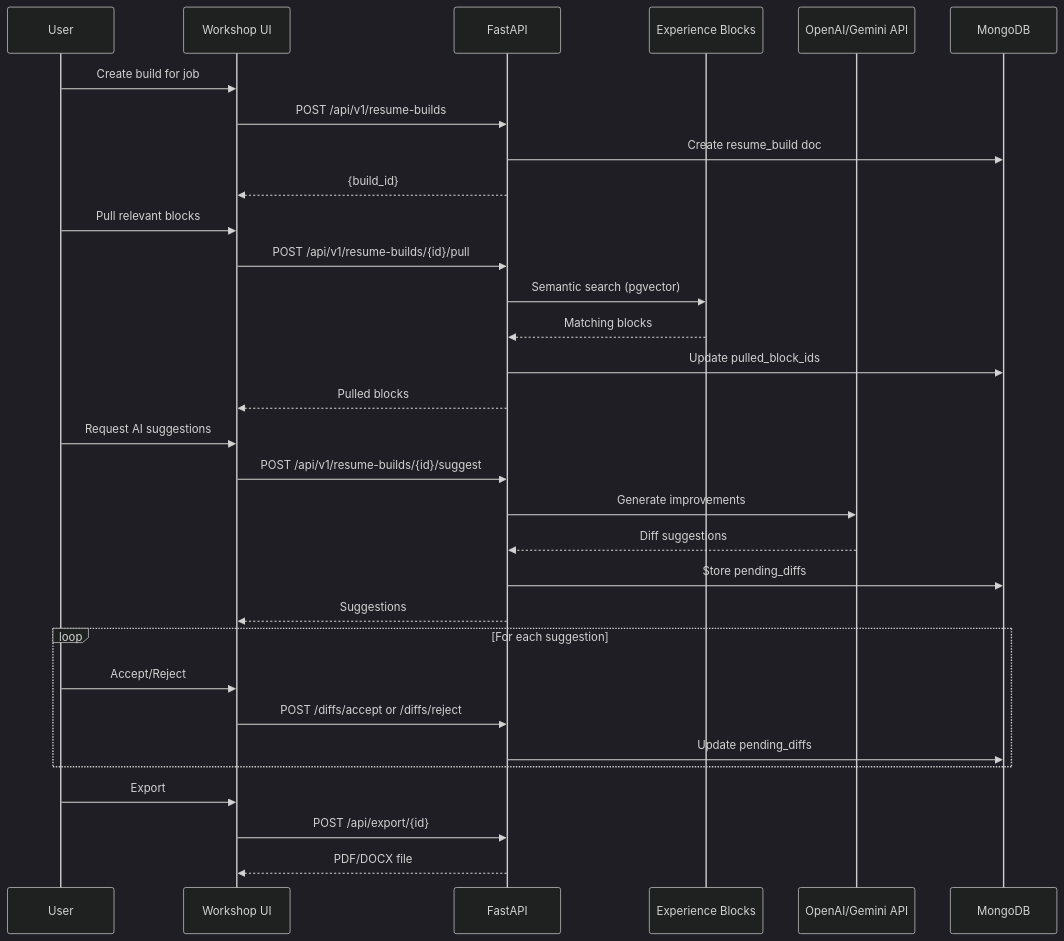
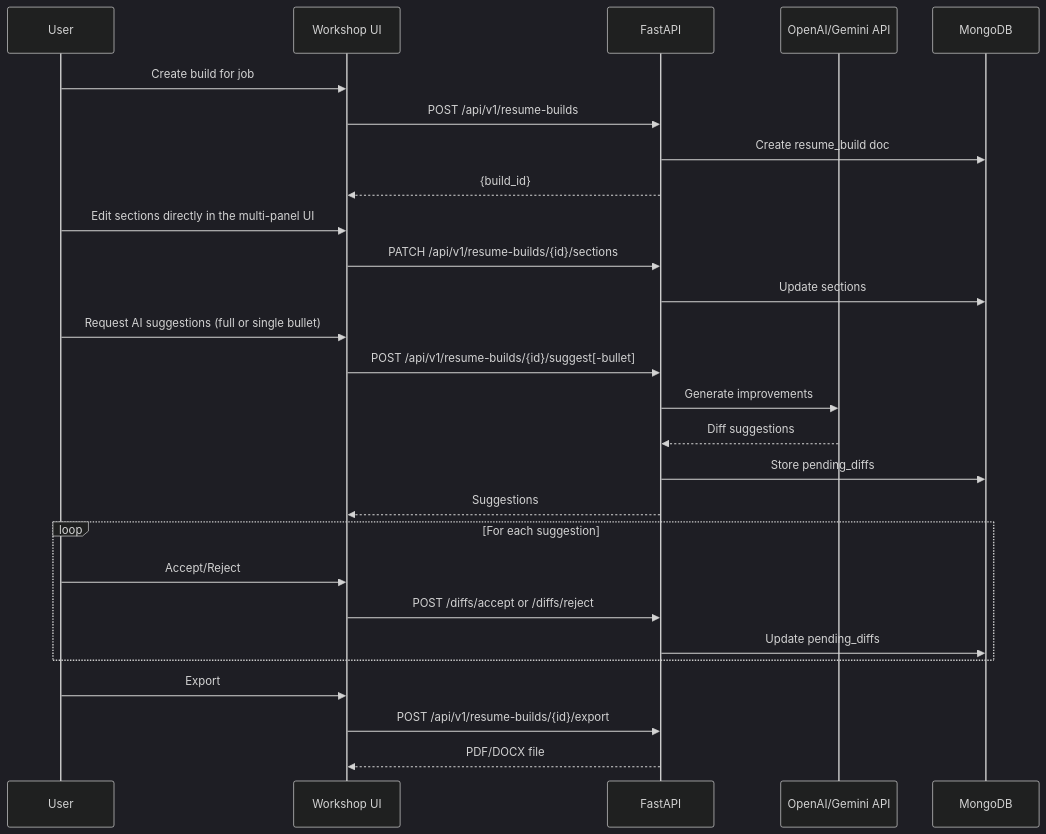
Before and after one commit to Sungchunn/AI-Resume-Tailor: diagram 24 of 33 in docs/architecture/system-architecture.md, drawn with Mermaid (dark theme). The commit also changed other lines of this file, not shown here.

First line of the commit message:
docs: Refresh system-architecture to match current codebase

````diff
--- a/docs/architecture/system-architecture.md
+++ b/docs/architecture/system-architecture.md
@@ -1691,38 +1831,34 @@
 ```mermaid
 sequenceDiagram
     participant User
     participant Workshop as Workshop UI
     participant API as FastAPI
-    participant Vault as Experience Blocks
     participant AI as OpenAI/Gemini API
     participant MG as MongoDB
 
     User->>Workshop: Create build for job
     Workshop->>API: POST /api/v1/resume-builds
     API->>MG: Create resume_build doc
     API-->>Workshop: {build_id}
 
-    User->>Workshop: Pull relevant blocks
-    Workshop->>API: POST /api/v1/resume-builds/{id}/pull
-    API->>Vault: Semantic search (pgvector)
-    Vault-->>API: Matching blocks
-    API->>MG: Update pulled_block_ids
-    API-->>Workshop: Pulled blocks
+    User->>Workshop: Edit sections directly in the multi-panel UI
+    Workshop->>API: PATCH /api/v1/resume-builds/{id}/sections
+    API->>MG: Update sections
 
-    User->>Workshop: Request AI suggestions
-    Workshop->>API: POST /api/v1/resume-builds/{id}/suggest
+    User->>Workshop: Request AI suggestions (full or single bullet)
+    Workshop->>API: POST /api/v1/resume-builds/{id}/suggest[-bullet]
     API->>AI: Generate improvements
     AI-->>API: Diff suggestions
     API->>MG: Store pending_diffs
     API-->>Workshop: Suggestions
 
     loop For each suggestion
         User->>Workshop: Accept/Reject
         Workshop->>API: POST /diffs/accept or /diffs/reject
         API->>MG: Update pending_diffs
     end
 
     User->>Workshop: Export
-    Workshop->>API: POST /api/export/{id}
+    Workshop->>API: POST /api/v1/resume-builds/{id}/export
     API-->>Workshop: PDF/DOCX file
 ```
````
